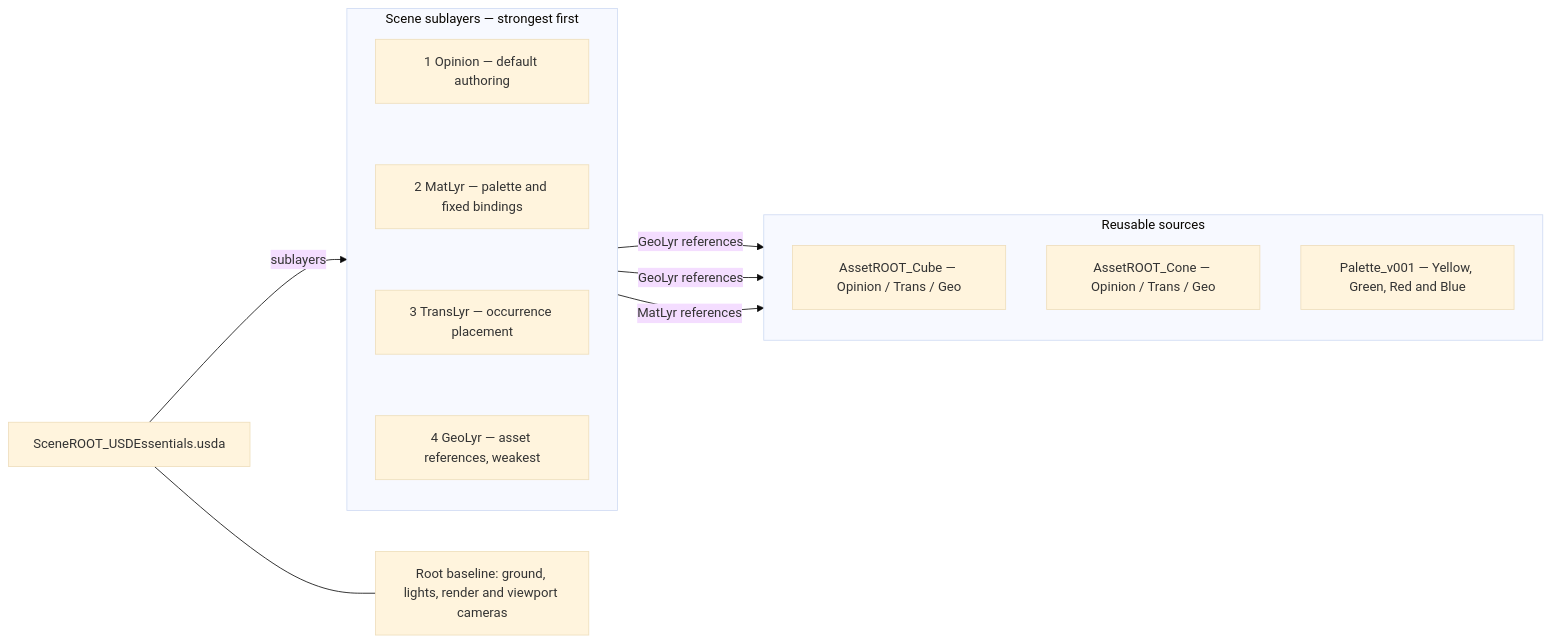
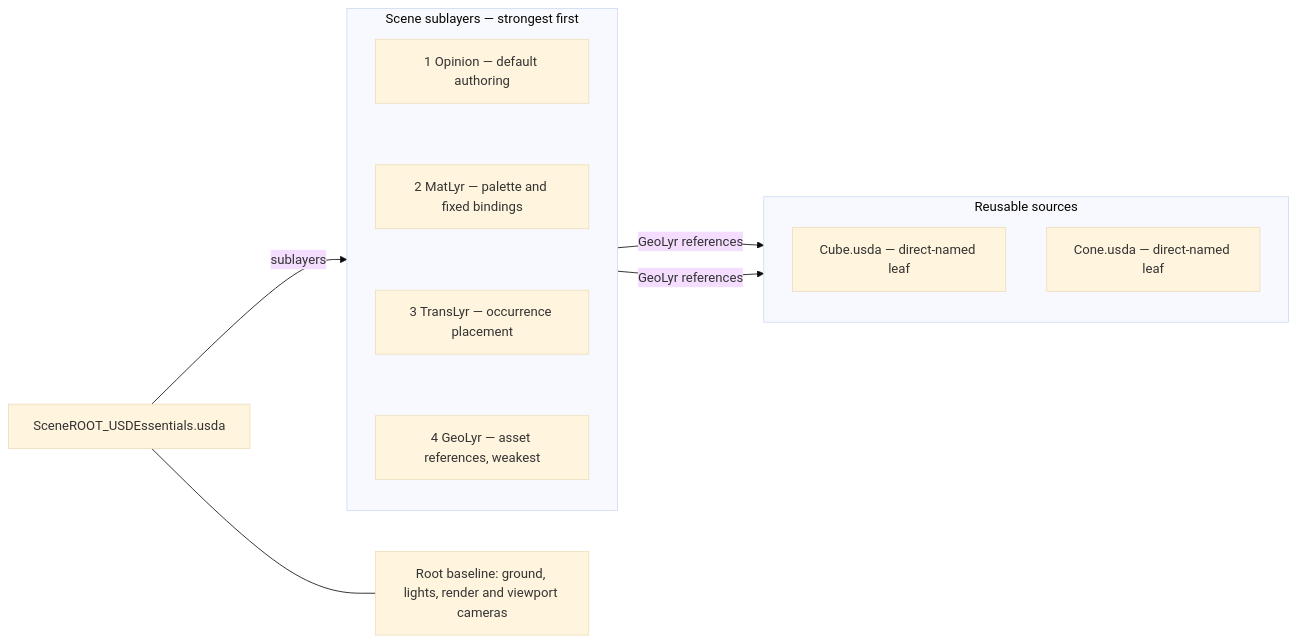
Before and after one commit to jph2/OpenUSD_GoodStart_CompositionContract: the diagram in examples/02_USDEssentials_Minimal/README.md, drawn with Mermaid (base theme). The commit also changed other lines of this file and 46 other files, not shown here.

````diff
--- a/examples/02_USDEssentials_Minimal/README.md
+++ b/examples/02_USDEssentials_Minimal/README.md
@@ -144,26 +136,24 @@
 ```mermaid
 flowchart LR
     R["SceneROOT_USDEssentials.usda"]
     subgraph STACK["Scene sublayers — strongest first"]
         direction TB
         O["1 Opinion — default authoring"]
         M["2 MatLyr — palette and fixed bindings"]
         T["3 TransLyr — occurrence placement"]
         G["4 GeoLyr — asset references, weakest"]
         O ~~~ M
         M ~~~ T
         T ~~~ G
     end
     subgraph SOURCES["Reusable sources"]
         direction TB
-        C["AssetROOT_Cube — Opinion / Trans / Geo"]
-        N["AssetROOT_Cone — Opinion / Trans / Geo"]
-        P["Palette_v001 — Yellow, Green, Red and Blue"]
+        C["Cube.usda — direct-named leaf"]
+        N["Cone.usda — direct-named leaf"]
     end
     B["Root baseline: ground, lights, render and viewport cameras"]
     R --- B
     R -->|sublayers| STACK
     STACK -->|GeoLyr references| C
     STACK -->|GeoLyr references| N
-    STACK -->|MatLyr references| P
 ```
````
